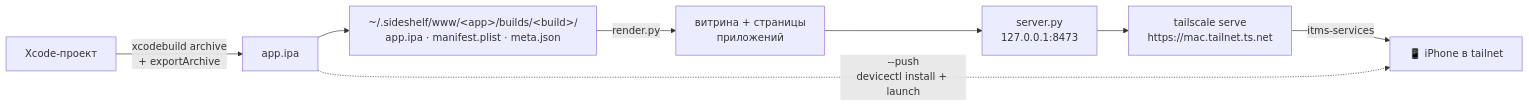
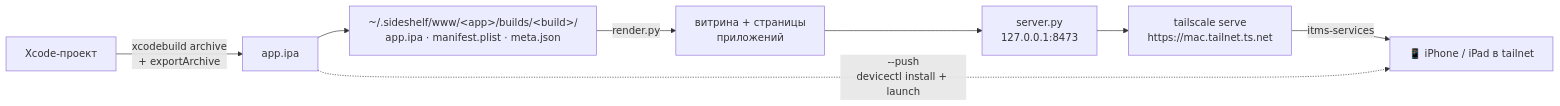
One commit to SketchPiece/Sideshelf changed the diagram in README.md. Above: the diagram before and after it, drawn with Mermaid. The commit also changed other lines of this file and 6 other files, not shown here.

````diff
--- a/README.md
+++ b/README.md
@@ -47,10 +48,10 @@
 ```mermaid
 flowchart LR
     A[Xcode-проект] -->|xcodebuild archive<br/>+ exportArchive| B[app.ipa]
     B --> C["~/.sideshelf/www/&lt;app&gt;/builds/&lt;build&gt;/<br/>app.ipa · manifest.plist · meta.json"]
     C -->|render.py| P[витрина + страницы<br/>приложений]
     P --> D[server.py<br/>127.0.0.1:8473]
     D --> E[tailscale serve<br/>https://mac.tailnet.ts.net]
-    E -->|itms-services| F[📱 iPhone в tailnet]
+    E -->|itms-services| F[📱 iPhone / iPad в tailnet]
     B -.->|--push<br/>devicectl install + launch| F
 ```
````
